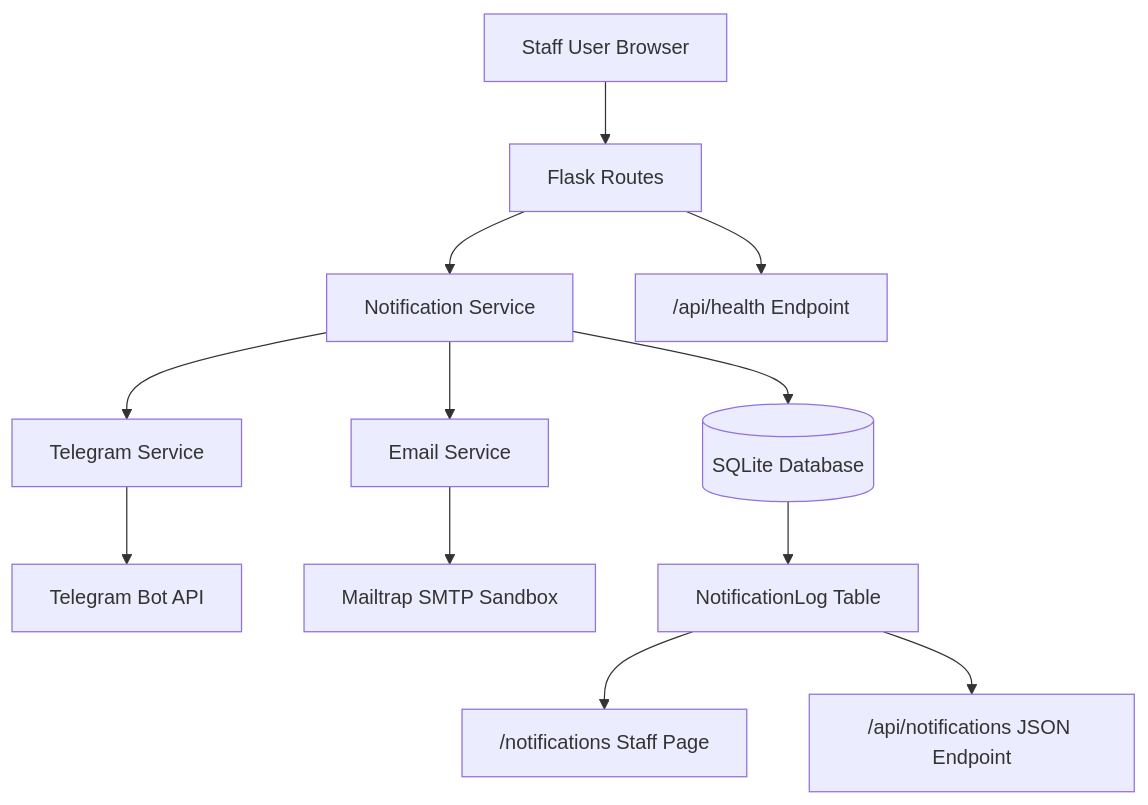
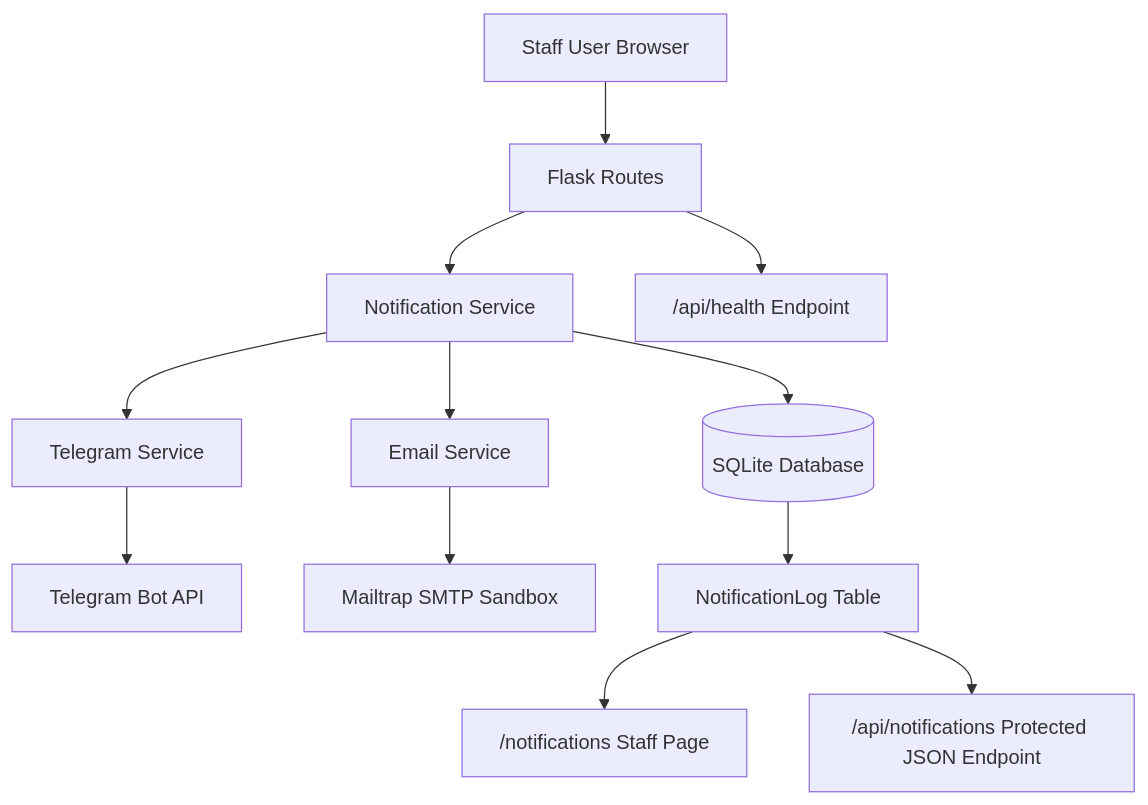
The first of 5 diagrams in docs/api-design-diagrams.md (vlad12-k/boutique-hotel-booking-system), drawn with Mermaid before and after one commit. The commit also changed other lines of this file and 2 other files, not shown here.

````diff
--- a/docs/api-design-diagrams.md
+++ b/docs/api-design-diagrams.md
@@ -23,18 +23,18 @@
 ```mermaid
 flowchart TD
     A["Staff User Browser"] --> B["Flask Routes"]
     B --> C["Notification Service"]
 
     C --> D["Telegram Service"]
     C --> E["Email Service"]
 
     D --> F["Telegram Bot API"]
     E --> G["Mailtrap SMTP Sandbox"]
 
     C --> H[(SQLite Database)]
     H --> I["NotificationLog Table"]
 
     I --> J["/notifications Staff Page"]
-    I --> K["/api/notifications JSON Endpoint"]
+    I --> K["/api/notifications Protected JSON Endpoint"]
     B --> L["/api/health Endpoint"]
 ```
````
